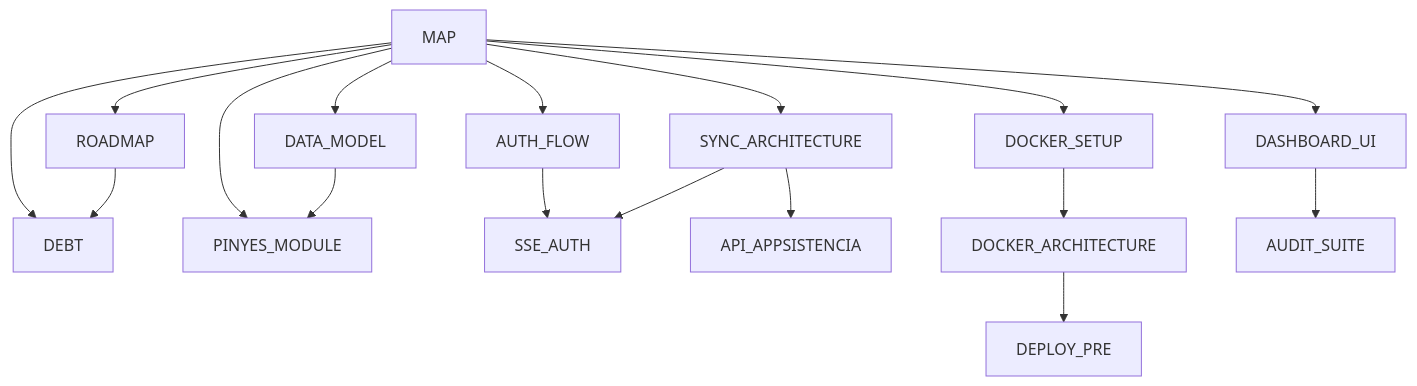
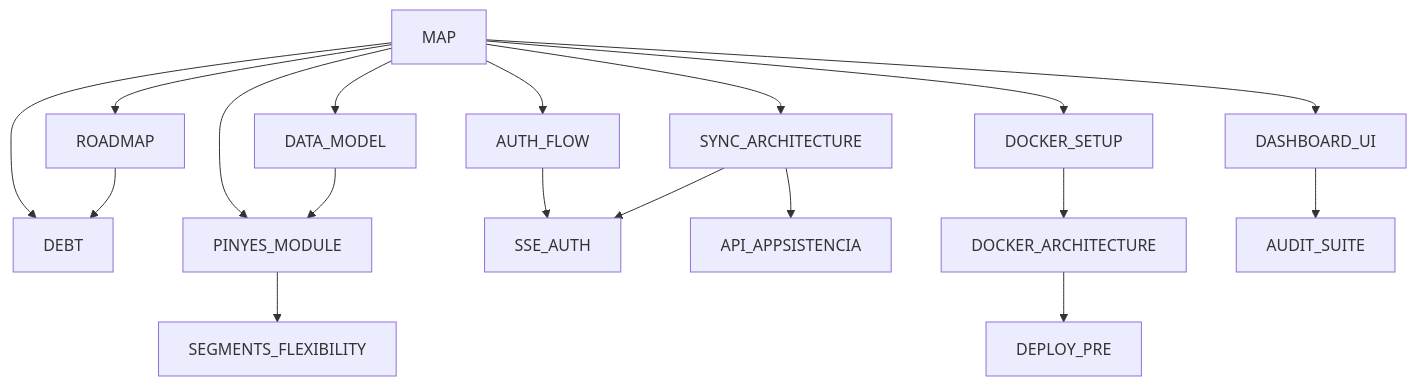
The diagram in docs/MAP.md (MuixerangaBarcelonaCat/MuixerApp), drawn with Mermaid before and after one commit. The commit also changed other lines of this file and 3 other files, not shown here.

````diff
--- a/docs/MAP.md
+++ b/docs/MAP.md
@@ -27,19 +27,20 @@
 ```mermaid
 graph TD
   MAP[MAP] --> ROADMAP
   MAP --> DEBT
   MAP --> DATA_MODEL
   MAP --> PINYES_MODULE
   MAP --> AUTH_FLOW
   MAP --> SYNC_ARCHITECTURE
   MAP --> DASHBOARD_UI
   MAP --> DOCKER_SETUP
   DATA_MODEL --> PINYES_MODULE
+  PINYES_MODULE --> SEGMENTS_FLEXIBILITY
   AUTH_FLOW --> SSE_AUTH
   SYNC_ARCHITECTURE --> API_APPSISTENCIA
   SYNC_ARCHITECTURE --> SSE_AUTH
   DOCKER_SETUP --> DOCKER_ARCHITECTURE
   DOCKER_ARCHITECTURE --> DEPLOY_PRE
   DASHBOARD_UI --> AUDIT_SUITE
   ROADMAP --> DEBT
 ```
````
